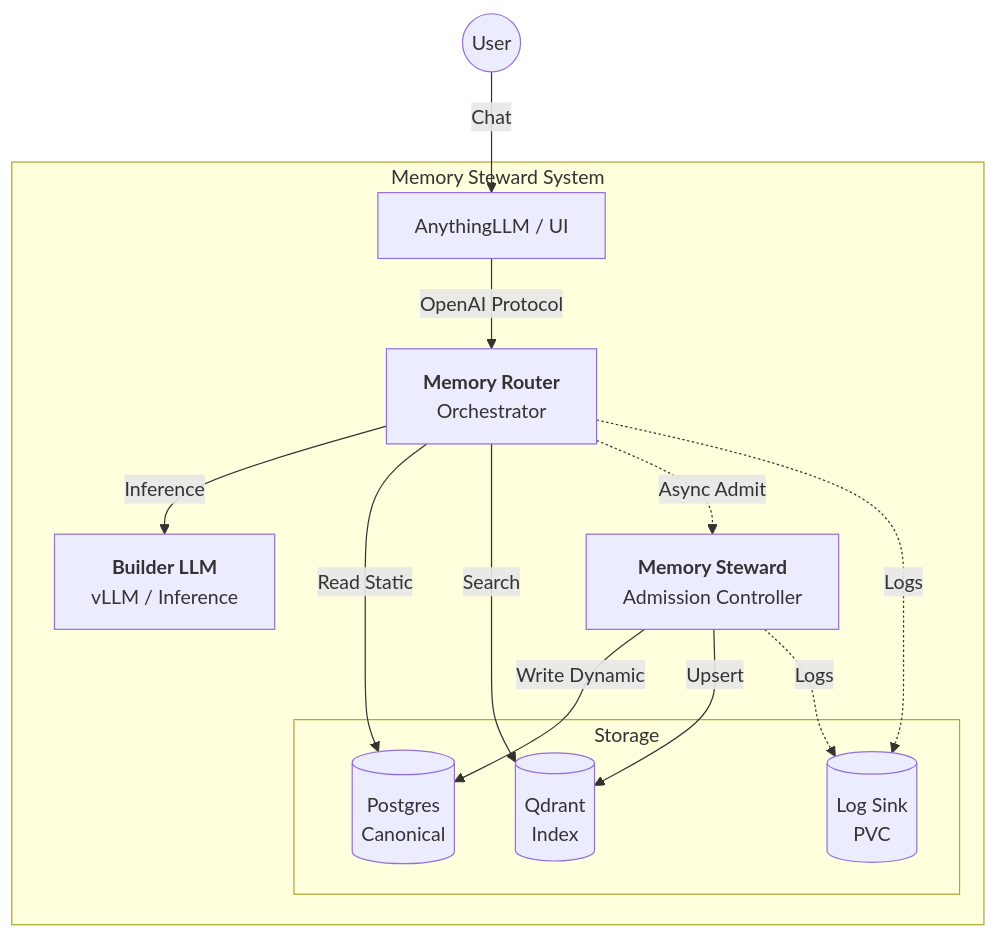
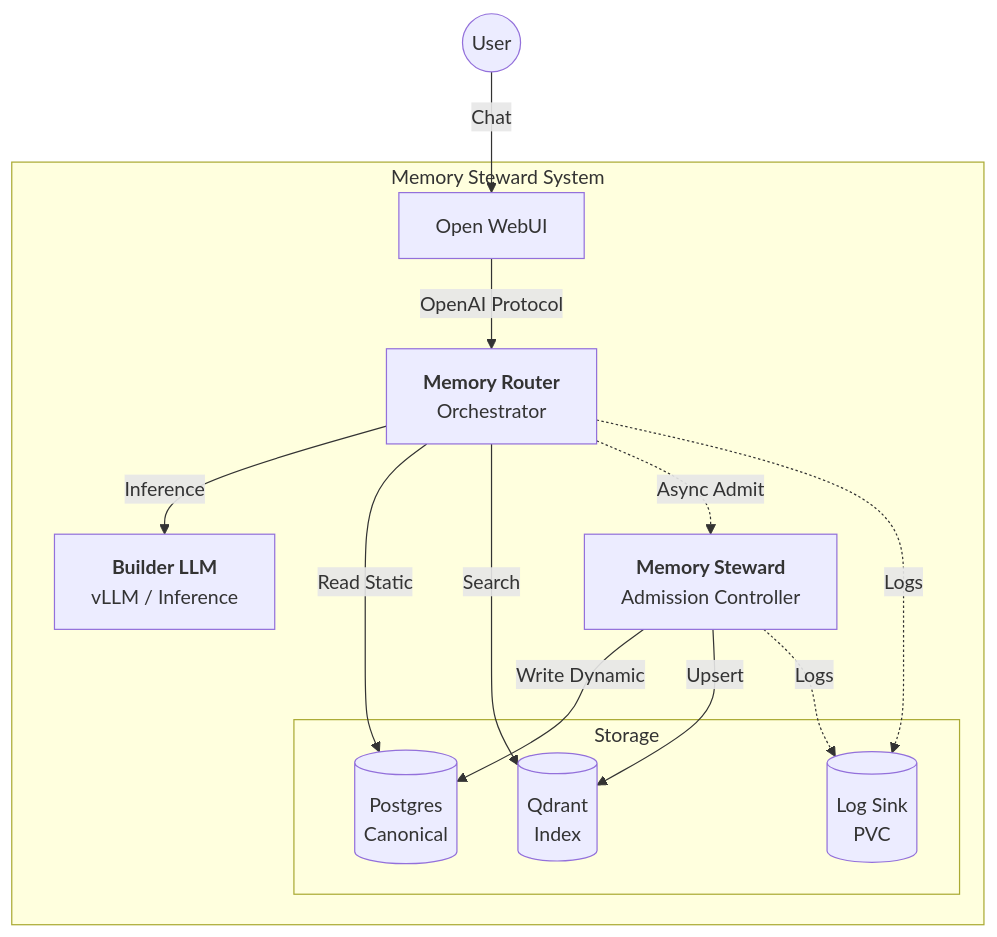
One commit to homel-dev/memory-steward changed the first of 2 diagrams in docs/09_runtime_contract.md. Above: the diagram before and after it, drawn with Mermaid. The commit also changed other lines of this file, not shown here.

````diff
--- a/docs/09_runtime_contract.md
+++ b/docs/09_runtime_contract.md
@@ -46,30 +50,30 @@
-~~~mermaid
+```mermaid
 graph TD
     User((User))
 
     subgraph "Memory Steward System"
-        UI[AnythingLLM / UI]
+        UI[Open WebUI]
         Router[<b>Memory Router</b><br>Orchestrator]
         Steward[<b>Memory Steward</b><br>Admission Controller]
         Builder[<b>Builder LLM</b><br>vLLM / Inference]
 
         subgraph "Storage"
             DB[(Postgres<br>Canonical)]
             Vector[(Qdrant<br>Index)]
             Logs[(Log Sink<br>PVC)]
         end
     end
 
     User -->|Chat| UI
     UI -->|OpenAI Protocol| Router
     Router -->|Inference| Builder
     Router -->|Read Static| DB
     Router -->|Search| Vector
 
     Router -.->|Async Admit| Steward
     Steward -->|Write Dynamic| DB
     Steward -->|Upsert| Vector
 
     Router -.->|Logs| Logs
     Steward -.->|Logs| Logs
-~~~
+```
````
